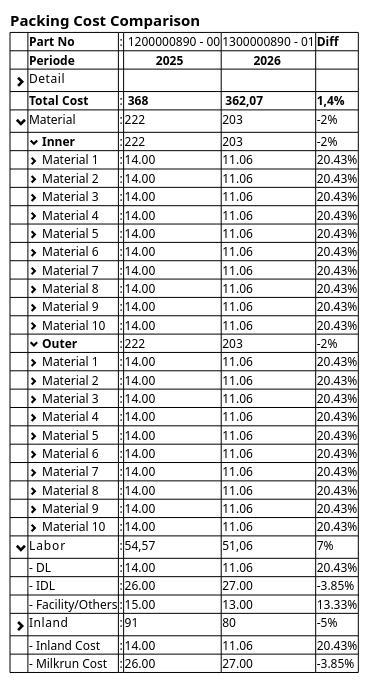
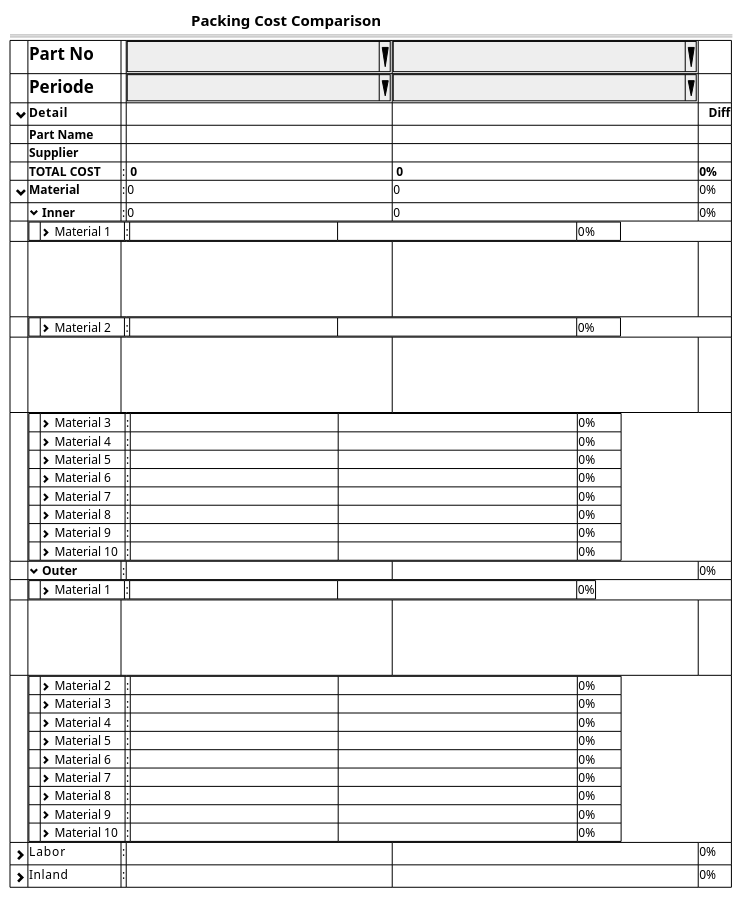
One commit to ari-fikri/packing-cost-mockup changed the diagram in PPR/comparison/comparison1a.puml. Above: the diagram before and after it, drawn with PlantUML.

Commit message:
Update comparison initial mode

```diff
--- a/PPR/comparison/comparison1a.puml
+++ b/PPR/comparison/comparison1a.puml
@@ -1,44 +1,83 @@
 @startsalt
 {
-  <b><size:15>Packing Cost Comparison
-  {#    
-    |.|<b>Part No                 | : |  1200000890 - 00 | 1300000890 - 01 |<b>Diff |*
-    |.|<b>Periode                 |.  | <b>          2025    | <b>          2026 |.  |*
-    |<size:15> <&chevron-right>   |Detail           |  .| .                | .               |.    |*    
-    |          .                  |<b>Total Cost         | : |<b> 368              |<b> 362,07          |<b>1,4% |*    
-    |<size:15> <&chevron-bottom>  |Material              | : | 222                 | 203                |-2%     |*
-    |.                            |<&chevron-bottom><b> Inner              | : | 222                 | 203                |-2%     |*
-    |.                            | <&chevron-right> Material 1	               |:  |	14.00              |	11.06	            |20.43%  |*
-    |.                            | <&chevron-right> Material 2	               |:  |	14.00              |	11.06	            |20.43%  |*
-    |.                            | <&chevron-right> Material 3	               |:  |	14.00              |	11.06	            |20.43%  |*
-    |.                            | <&chevron-right> Material 4	               |:  |	14.00              |	11.06	            |20.43%  |*
-    |.                            | <&chevron-right> Material 5	               |:  |	14.00              |	11.06	            |20.43%  |*
-    |.                            | <&chevron-right> Material 6	               |:  |	14.00              |	11.06	            |20.43%  |*
-    |.                            | <&chevron-right> Material 7	               |:  |	14.00              |	11.06	            |20.43%  |*
-    |.                            | <&chevron-right> Material 8	               |:  |	14.00              |	11.06	            |20.43%  |*
-    |.                            | <&chevron-right> Material 9	               |:  |	14.00              |	11.06	            |20.43%  |*
-    |.                            | <&chevron-right> Material 10	               |:  |	14.00              |	11.06	            |20.43%  |*
-    |.                            |<&chevron-bottom><b> Outer              | : | 222                 | 203                |-2%     |*
-    |.                            | <&chevron-right> Material 1	               |:  |	14.00              |	11.06	            |20.43%  |*
-    |.                            | <&chevron-right> Material 2	               |:  |	14.00              |	11.06	            |20.43%  |*
-    |.                            | <&chevron-right> Material 3	               |:  |	14.00              |	11.06	            |20.43%  |*
-    |.                            | <&chevron-right> Material 4	               |:  |	14.00              |	11.06	            |20.43%  |*
-    |.                            | <&chevron-right> Material 5	               |:  |	14.00              |	11.06	            |20.43%  |*
-    |.                            | <&chevron-right> Material 6	               |:  |	14.00              |	11.06	            |20.43%  |*
-    |.                            | <&chevron-right> Material 7	               |:  |	14.00              |	11.06	            |20.43%  |*
-    |.                            | <&chevron-right> Material 8	               |:  |	14.00              |	11.06	            |20.43%  |*
-    |.                            | <&chevron-right> Material 9	               |:  |	14.00              |	11.06	            |20.43%  |*
-    |.                            | <&chevron-right> Material 10	               |:  |	14.00              |	11.06	            |20.43%  |*
-
-    |<size:15> <&chevron-bottom>  |Labor                 | : | 54,57               | 51,06              |7%      |*
-    |.                            | - DL	               |:  |	14.00              |	11.06	            |20.43%  |*
-    |.                            | - IDL	               |:  |	26.00              |	27.00	            |–3.85%  |*
-    |.                            | - Facility/Others	   |:  |	15.00              |	13.00	            |13.33%  |*
-      
-    |<size:15> <&chevron-right>   |Inland                | : | 91                  | 80                 |-5%  |*    
-    |.                            | - Inland Cost	       |:  |	14.00              |	11.06	            |20.43%  |*
-    |.                            | - Milkrun Cost	      |:  |	26.00              |	27.00	            |–3.85%  |*    
+                                                            <b><size:15>Packing Cost Comparison
+  ==
+  {#
+    |.|<b><size:17>Part No                    |.  |^<b><size:20>                               ^|^<b><size:20>                                    ^|.|*
+    |.|<b><size:17>Periode                    |.  |^<b><size:17>                               ^|^<b><size:17>                                    ^|.|*
+    |<size:15> <&chevron-bottom>     |<b>Detail           |  .| .                 | .             |   <b>Diff|*
+    |.|<b>Part Name                  |.  |                                   |                                         |.|*    
+    |.|<b>Supplier                   |.  |                                   |                                         |.|*        
+    |          .                  |<b>TOTAL COST            | : |<b> 0              |<b> 0          |<b>0% |*    
+    |<size:15> <&chevron-bottom>  |<b>Material              | : | 0                 | 0                |0%     |*
+    |.                            |<&chevron-bottom><b> Inner              | : | 0                 | 0                |0%     |*
+    .|{#
+        |   |<&chevron-right> Material 1    	               |:  |	                                                                  |	                                                                            |0%        |*
+      }|*|*|*|*|*      
+      .|.|{ /' Cell 1'/
+        .|*
+        .|*
+        .|*
+        .|*
+      }|*|{ /' Cell 2'/
+        .|*
+        .|*
+        .|*
+        .|*
+      }|*
+    .|{#
+        |   |<&chevron-right> Material 2    	               |:  |                                                                   |	                                                                            |0%         |*
+      }|*|*|*|*|*
+      .|.|{ /' Cell 1'/
+        .|*
+        .|*
+        .|*
+        .|*
+      }|*|{ /' Cell 2'/
+        .|*
+        .|*
+        .|*
+        .|*
+      }|*
+    .|{#
+    |   |<&chevron-right> Material 3   |:  |	                                                                  |	                                                                            |0%          |*
+    |   |<&chevron-right> Material 4   |:  |	                                                                  |	                                                                            |0%          |*
+    |   |<&chevron-right> Material 5   |:  |	                                                                  |	                                                                            |0%          |*
+    |   |<&chevron-right> Material 6   |:  |	                                                                  |	                                                                            |0%          |*
+    |   |<&chevron-right> Material 7   |:  |	                                                                  |	                                                                            |0%          |*
+    |   |<&chevron-right> Material 8   |:  |	                                                                  |	                                                                            |0%          |*
+    |   |<&chevron-right> Material 9   |:  |	                                                                  |	                                                                            |0%          |*
+    |   |<&chevron-right> Material 10  |:  |	                                                                  |	                                                                            |0%          |*
+  }|*|*|*|*|*
+    |.                            |<&chevron-bottom><b> Outer              | : |                      |                     |0%     |*
+    .|{#
+        |   |<&chevron-right> Material 1    	               |:  |	                                                                  |	                                                                            |0%  |*
+      }|*|*|*|*|*      
+      .|.|{ /' Cell 1'/
+        .|*
+        .|*
+        .|*
+        .|*
+      }|*|{ /' Cell 2'/
+        .|*
+        .|*
+        .|*
+        .|*
+      }|*    
+    .|{#
+    |   |<&chevron-right> Material 2   |:  |	                                                                  |	                                                                            |0%          |*
+    |   |<&chevron-right> Material 3   |:  |	                                                                  |	                                                                            |0%          |*
+    |   |<&chevron-right> Material 4   |:  |	                                                                  |	                                                                            |0%          |*
+    |   |<&chevron-right> Material 5   |:  |	                                                                  |	                                                                            |0%          |*
+    |   |<&chevron-right> Material 6   |:  |	                                                                  |	                                                                            |0%          |*
+    |   |<&chevron-right> Material 7   |:  |	                                                                  |	                                                                            |0%          |*
+    |   |<&chevron-right> Material 8   |:  |	                                                                  |	                                                                            |0%          |*
+    |   |<&chevron-right> Material 9   |:  |	                                                                  |	                                                                            |0%          |*
+    |   |<&chevron-right> Material 10  |:  |	                                                                  |	                                                                            |0%          |*
+  }|*|*|*|*|*      
+    |<size:15> <&chevron-right>  |Labor                 |:  |                     |                  |0%  |*      
+    |<size:15> <&chevron-right>   |Inland                | : |.                    |  .              |0%  |*    
   }
   
 }
 @endsalt
```
